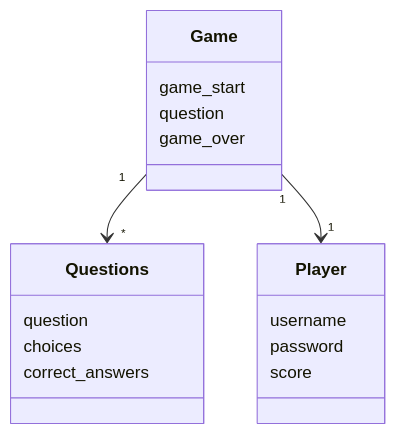
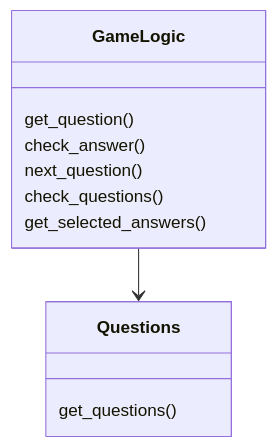
The first of 3 diagrams in Visailupeli/Dokumentaatio/arkkitehtuuri.md (emmapiittala/ot-harjoitustyo2026), drawn with Mermaid before and after one commit. The commit also changed other lines of this file, not shown here.

````diff
--- a/Visailupeli/Dokumentaatio/arkkitehtuuri.md
+++ b/Visailupeli/Dokumentaatio/arkkitehtuuri.md
@@ -17,21 +19,14 @@
 ```mermaid
  classDiagram
-      Game"1" --> "*" Questions
-      Game "1"-->"1" Player
-      class Game{
-          game_start
-          question
-          game_over
-          
-      }
-      class Player{
-          username
-          password
-          score
+      GameLogic --> Questions
+      class GameLogic{
+get_question()
+check_answer()
+next_question()
+check_questions()
+get_selected_answers()
       }
       class Questions{
-          question
-          choices
-          correct_answers
+get_questions()
       }
 ```
````
